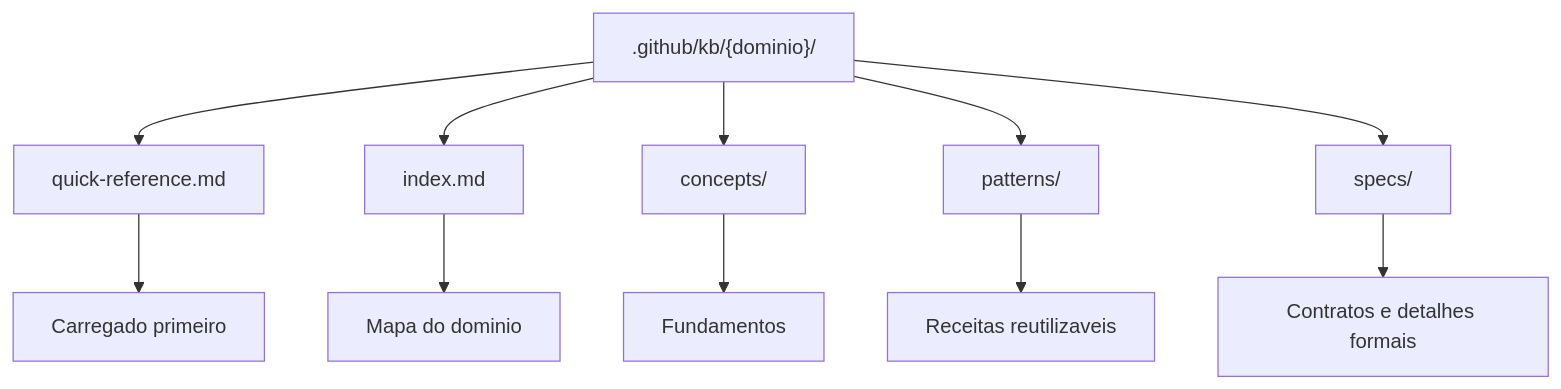
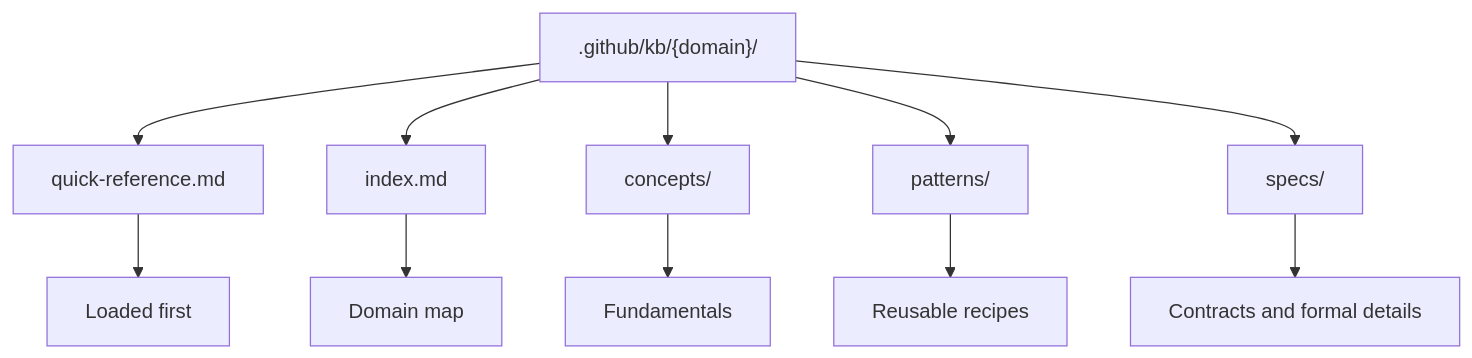
Before and after one commit to Tiao553/sdd-harness-copilot: the diagram in docs/reference/skills/knowledge-commands.md, drawn with Mermaid. The commit also changed other lines of this file and 19 other files, not shown here.

````diff
--- a/docs/reference/skills/knowledge-commands.md
+++ b/docs/reference/skills/knowledge-commands.md
@@ -17,13 +17,13 @@
 ```mermaid
 flowchart TD
-    A[".github/kb/{dominio}/"] --> B["quick-reference.md"]
+    A[".github/kb/{domain}/"] --> B["quick-reference.md"]
     A --> C["index.md"]
     A --> D["concepts/"]
     A --> E["patterns/"]
     A --> F["specs/"]
-    B --> G["Carregado primeiro"]
-    C --> H["Mapa do dominio"]
-    D --> I["Fundamentos"]
-    E --> J["Receitas reutilizaveis"]
-    F --> K["Contratos e detalhes formais"]
+    B --> G["Loaded first"]
+    C --> H["Domain map"]
+    D --> I["Fundamentals"]
+    E --> J["Reusable recipes"]
+    F --> K["Contracts and formal details"]
 ```
````
